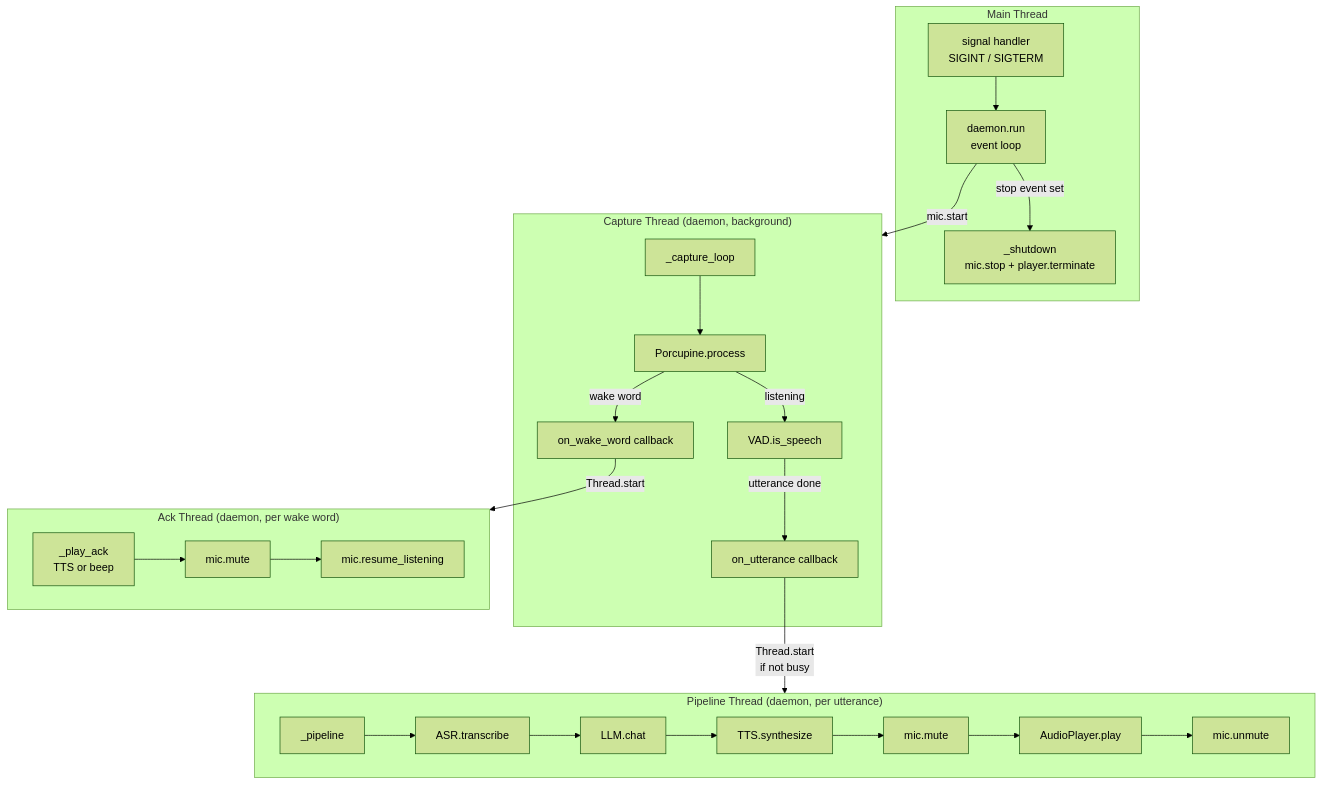
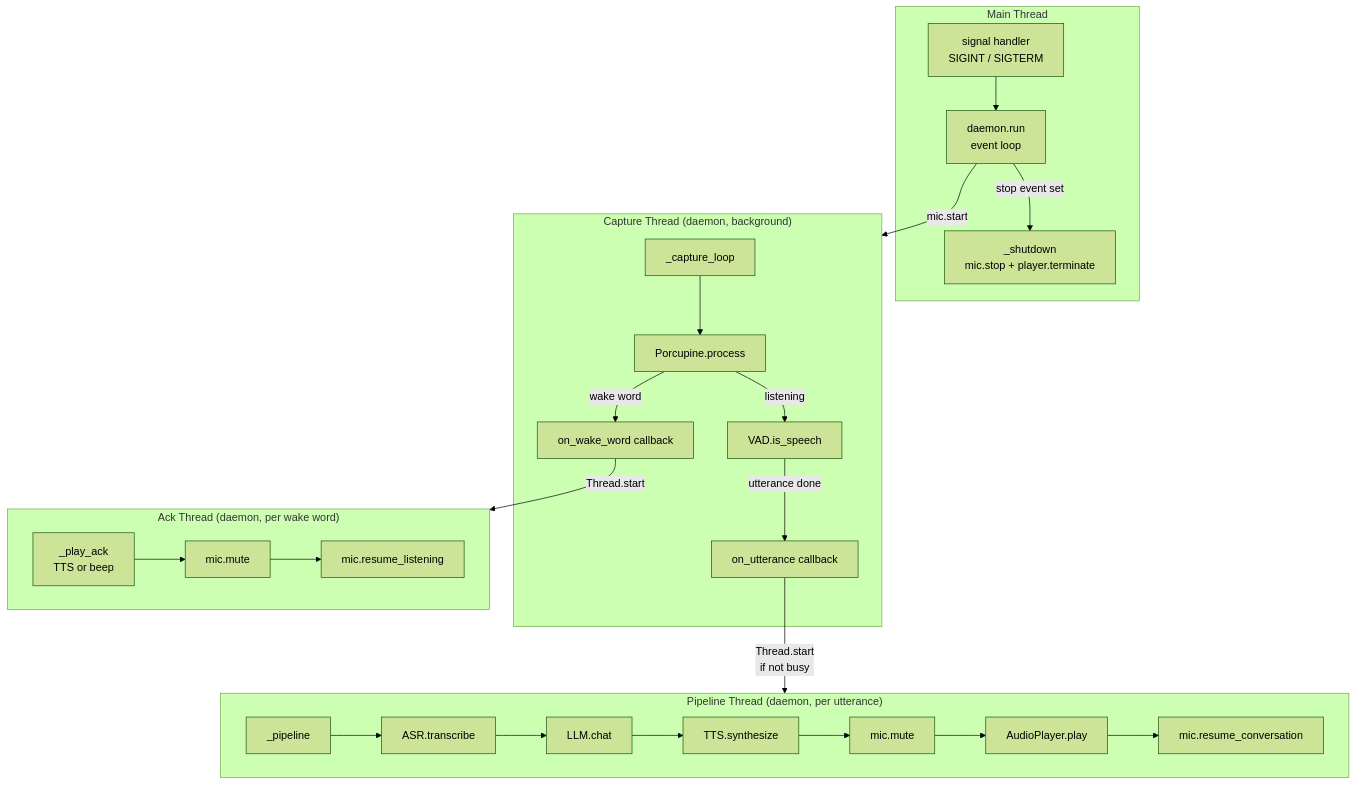
Before and after one commit to armmarov/voice_assistant_app: the first of 3 diagrams in docs/06_threading_model.md, drawn with Mermaid (forest theme). The commit also changed other lines of this file and 5 other files, not shown here.

````diff
--- a/docs/06_threading_model.md
+++ b/docs/06_threading_model.md
@@ -5,44 +5,44 @@
 ```mermaid
 flowchart TD
     subgraph MAIN ["Main Thread"]
         RUN[daemon.run\nevent loop]
         SIGNAL[signal handler\nSIGINT / SIGTERM]
         SHUTDOWN[_shutdown\nmic.stop + player.terminate]
         RUN -->|stop event set| SHUTDOWN
         SIGNAL --> RUN
     end
 
     subgraph CAPTURE ["Capture Thread (daemon, background)"]
         LOOP[_capture_loop]
         PORC2[Porcupine.process]
         VAD2[VAD.is_speech]
         CB_WAKE[on_wake_word callback]
         CB_UTT[on_utterance callback]
         LOOP --> PORC2
         PORC2 -->|wake word| CB_WAKE
         PORC2 -->|listening| VAD2
         VAD2 -->|utterance done| CB_UTT
     end
 
     subgraph ACK ["Ack Thread (daemon, per wake word)"]
         PLAY_ACK[_play_ack\nTTS or beep]
         MUTE1[mic.mute]
         RESUME[mic.resume_listening]
         PLAY_ACK --> MUTE1 --> RESUME
     end
 
     subgraph PIPELINE ["Pipeline Thread (daemon, per utterance)"]
         PIPE[_pipeline]
         ASR2[ASR.transcribe]
         LLM2[LLM.chat]
         TTS2[TTS.synthesize]
         PLAY2[AudioPlayer.play]
         MUTE2[mic.mute]
-        UNMUTE[mic.unmute]
-        PIPE --> ASR2 --> LLM2 --> TTS2 --> MUTE2 --> PLAY2 --> UNMUTE
+        RESUME_CONV[mic.resume_conversation]
+        PIPE --> ASR2 --> LLM2 --> TTS2 --> MUTE2 --> PLAY2 --> RESUME_CONV
     end
 
     RUN -->|mic.start| CAPTURE
     CB_WAKE -->|Thread.start| ACK
     CB_UTT -->|Thread.start\nif not busy| PIPELINE
 ```
````
